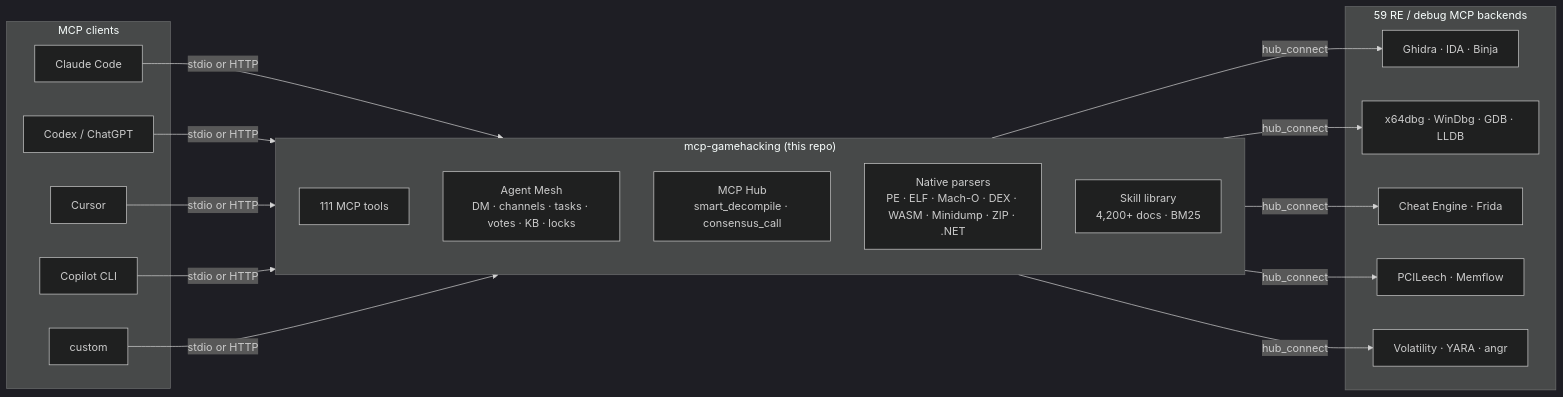
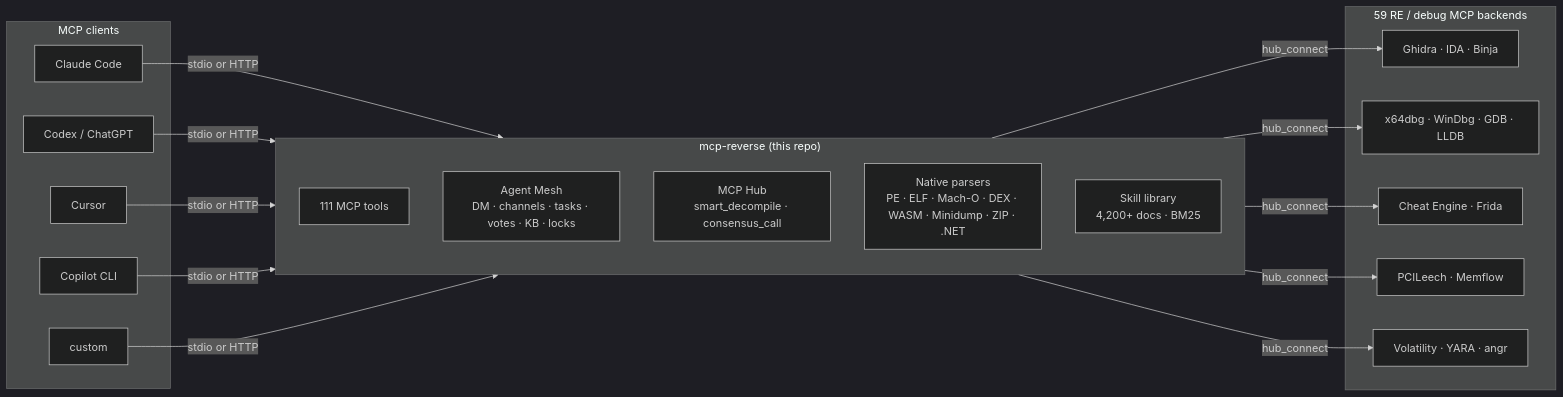
One commit to 1llu50ry/mcp-gamehacking changed the diagram in README.md. Above: the diagram before and after it, drawn with Mermaid (dark theme). The commit also changed other lines of this file and 181 other files, not shown here.

````diff
--- a/README.md
+++ b/README.md
@@ -67,30 +67,30 @@
 ```mermaid
 flowchart LR
   subgraph clients[" MCP clients "]
     C1[Claude Code]
     C2[Codex / ChatGPT]
     C3[Cursor]
     C4[Copilot CLI]
     C5[custom]
   end
 
-  subgraph server[" mcp-gamehacking (this repo) "]
+  subgraph server[" mcp-reverse (this repo) "]
     direction TB
     T[111 MCP tools]
     M[Agent Mesh<br/>DM · channels · tasks · votes · KB · locks]
     H[MCP Hub<br/>smart_decompile · consensus_call]
     N[Native parsers<br/>PE · ELF · Mach-O · DEX · WASM · Minidump · ZIP · .NET]
     S[Skill library<br/>4,200+ docs · BM25]
   end
 
   subgraph backends[" 59 RE / debug MCP backends "]
     B1[Ghidra · IDA · Binja]
     B2[x64dbg · WinDbg · GDB · LLDB]
     B3[Cheat Engine · Frida]
     B4[PCILeech · Memflow]
     B5[Volatility · YARA · angr]
   end
 
   C1 & C2 & C3 & C4 & C5 -->|stdio or HTTP| server
   server -->|hub_connect| B1 & B2 & B3 & B4 & B5
 ```
````
